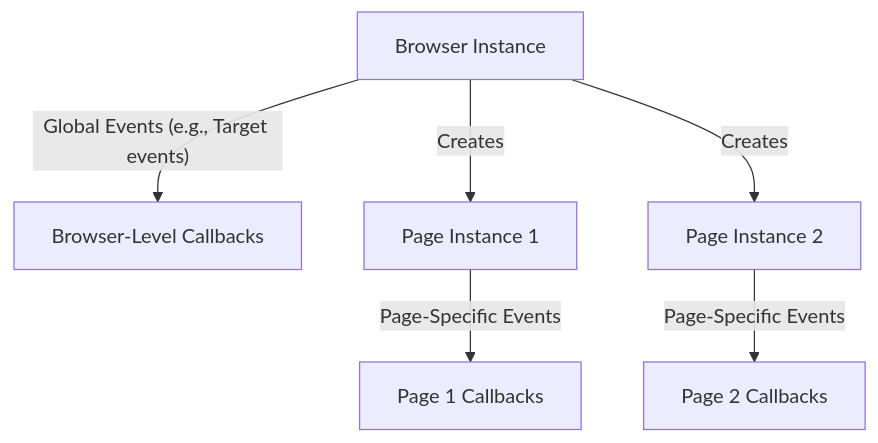
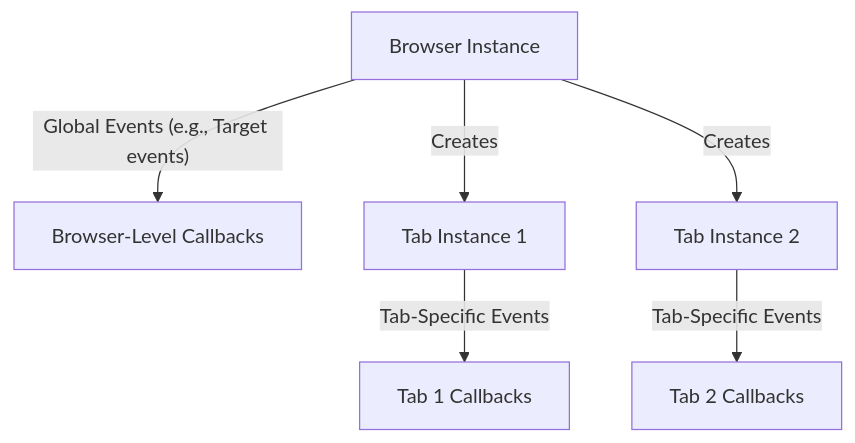
Before and after one commit to yie1d/pydoll: the fourth of 4 diagrams in docs/deep-dive/event-system.md, drawn with Mermaid. The commit also changed other lines of this file and 38 other files, not shown here.

````diff
--- a/docs/deep-dive/event-system.md
+++ b/docs/deep-dive/event-system.md
@@ -821,8 +737,8 @@
 ```mermaid
 graph TD
     Browser[Browser Instance] -->|"Global Events (e.g., Target events)"| BrowserCallbacks[Browser-Level Callbacks]
-    Browser -->|"Creates"| Page1[Page Instance 1]
-    Browser -->|"Creates"| Page2[Page Instance 2]
-    Page1 -->|"Page-Specific Events"| Page1Callbacks[Page 1 Callbacks]
-    Page2 -->|"Page-Specific Events"| Page2Callbacks[Page 2 Callbacks]
+    Browser -->|"Creates"| Tab1[Tab Instance 1]
+    Browser -->|"Creates"| Tab2[Tab Instance 2]
+    Tab1 -->|"Tab-Specific Events"| Tab1Callbacks[Tab 1 Callbacks]
+    Tab2 -->|"Tab-Specific Events"| Tab2Callbacks[Tab 2 Callbacks]
 ```
````
